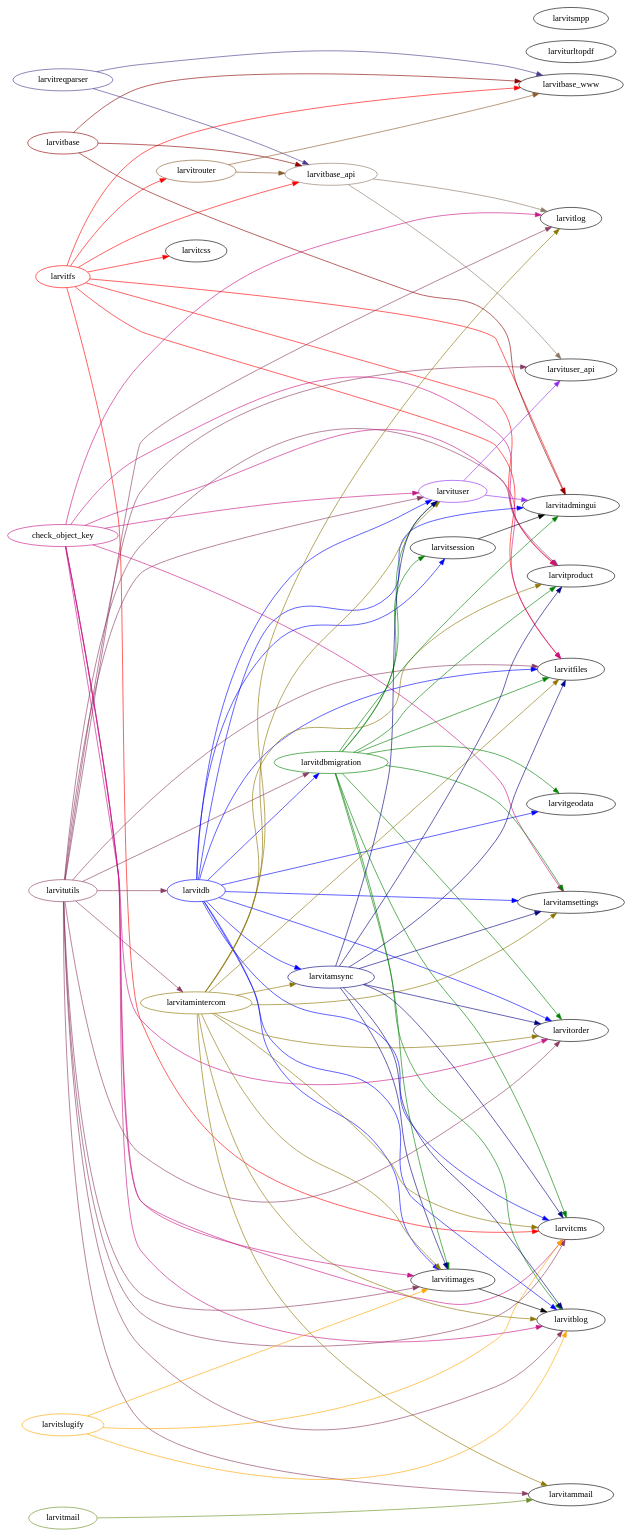
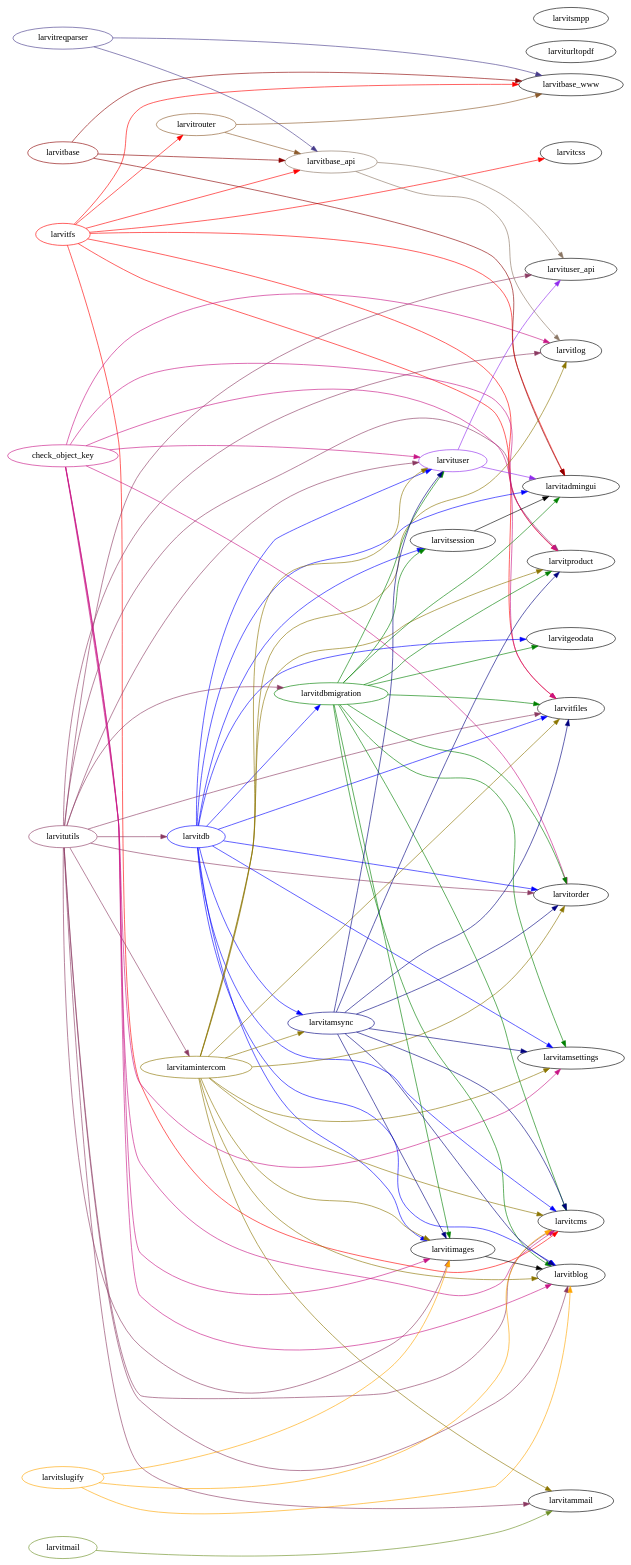
Before and after one commit to larvit/standards: the diagram in dependencies.dot, drawn with Graphviz. The commit also changed 1 other file, not shown here.

```diff
--- a/dependencies.dot
+++ b/dependencies.dot
@@ -1,153 +1,152 @@
 digraph larvitlibs {
 	rank=same
 	rankdir=LR;
 
 	subgraph parents {
 		larvitfs [color = red]
 		larvitutils [color = hotpink4]
 		check_object_key [color = mediumvioletred]
 		larvitmail [color = olivedrab]
 		larvitslugify [color = orange]
 		larvitbase [color = red4]
 		larvitreqparser [color = slateblue4]
 	}
 
 	subgraph childs_1 {
 		larvitdb [color = blue]
 		larvitamintercom [color = gold4]
 	}
 
 	subgraph childs_last {
 		larvituser_api
 		larviturltopdf
 		larvitsmpp
 		larvitadmingui
 		larvitlog
 		larvitproduct
 		larvitgeodata
 		larvitamsettings
 		larvitorder
 		larvitfiles
 		larvitcms
 		larvitbase_www
 		larvitammail
+		larvitcss
 	}
 
 	edge [style=invis, weight=2]
 
-	larvitcss
 	larvitdbmigration [color = green]
 	larvituser [color = purple2]
 	larvitimages
 	larvitsession
 	larvitamsync [color = navyblue]
 	larvitrouter [color = tan4]
 	larvitbase_api [color = peachpuff4]
-	larvitslugify
 
 	edge [style=solid, weight=1]
 	larvitfs -> larvitbase_www [color = red]
 	larvitfs -> larvitbase_api [color = red]
 	larvitfs -> larvitcms [color = red]
 	larvitfs -> larvitfiles [color = red]
 	larvitfs -> larvitcss [color = red]
 	larvitfs -> larvitrouter [color = red]
 	larvitfs -> larvitadmingui [color = red]
 	larvitfs -> larvitproduct [color = red]
 
 	larvitutils -> larvitlog [color = hotpink4]
 	larvitutils -> larvituser_api [color = hotpink4]
 	larvitutils -> larvitcms [color = hotpink4]
 	larvitutils -> larvitdbmigration [color = hotpink4]
 	larvitutils -> larvitamintercom [color = hotpink4]
 	larvitutils -> larvitorder [color = hotpink4]
 	larvitutils -> larvitfiles [color = hotpink4]
 	larvitutils -> larvitdb [color = hotpink4]
 	larvitutils -> larvitimages [color = hotpink4]
 	larvitutils -> larvituser [color = hotpink4]
 	larvitutils -> larvitproduct [color = hotpink4]
 	larvitutils -> larvitblog [color = hotpink4]
 	larvitutils -> larvitammail [color = hotpink4]
 
 	check_object_key -> larvitlog [color = mediumvioletred]
 	check_object_key -> larvitblog [color = mediumvioletred]
 	check_object_key -> larvitfiles [color = mediumvioletred]
 	check_object_key -> larvituser [color = mediumvioletred]
 	check_object_key -> larvitimages [color = mediumvioletred]
 	check_object_key -> larvitproduct [color = mediumvioletred]
 	check_object_key -> larvitorder [color = mediumvioletred]
 	check_object_key -> larvitcms [color = mediumvioletred]
 	check_object_key -> larvitamsettings [color = mediumvioletred]
 
 	larvitdb -> larvitadmingui [color = blue]
 	larvitdb -> larvituser [color = blue]
 	larvitdb -> larvitblog [color = blue]
 	larvitdb -> larvitgeodata [color = blue]
 	larvitdb -> larvitfiles [color = blue]
 	larvitdb -> larvitdbmigration [color = blue]
 	larvitdb -> larvitsession [color = blue]
 	larvitdb -> larvitimages [color = blue]
 	larvitdb -> larvitamsettings [color = blue]
 	larvitdb -> larvitamsync [color = blue]
 	larvitdb -> larvitorder [color = blue]
 	larvitdb -> larvitcms [color = blue]
 
 	larvitbase -> larvitbase_www [color = red4]
 	larvitbase -> larvitadmingui [color = red4]
 	larvitbase -> larvitbase_api [color = red4]
 
 	larvitdbmigration -> larvitadmingui [color = green]
 	larvitdbmigration -> larvitcms [color = green]
 	larvitdbmigration -> larvituser [color = green]
 	larvitdbmigration -> larvitblog [color = green]
 	larvitdbmigration -> larvitgeodata [color = green]
 	larvitdbmigration -> larvitfiles [color = green]
 	larvitdbmigration -> larvitsession [color = green]
 	larvitdbmigration -> larvitimages [color = green]
 	larvitdbmigration -> larvitamsettings [color = green]
 	larvitdbmigration -> larvitorder [color = green]
 	larvitdbmigration -> larvitproduct [color = green]
 
 	larvituser -> larvitadmingui [color = purple2]
 	larvituser -> larvituser_api [color = purple2]
 
 	larvitimages -> larvitblog
 
 	larvitsession -> larvitadmingui
 
 	larvitamintercom -> larvitlog [color = gold4]
 	larvitamintercom -> larvitfiles [color = gold4]
 	larvitamintercom -> larvitblog [color = gold4]
 	larvitamintercom -> larvitproduct [color = gold4]
 	larvitamintercom -> larvitorder [color = gold4]
 	larvitamintercom -> larvitamsettings [color = gold4]
 	larvitamintercom -> larvitamsync [color = gold4]
 	larvitamintercom -> larvituser [color = gold4]
 	larvitamintercom -> larvitimages [color = gold4]
 	larvitamintercom -> larvitcms [color = gold4]
 	larvitamintercom -> larvitammail [color = gold4]
 
 	larvitamsync -> larvitfiles [color = navyblue]
 	larvitamsync -> larvitblog [color = navyblue]
 	larvitamsync -> larvitproduct [color = navyblue]
 	larvitamsync -> larvitorder [color = navyblue]
 	larvitamsync -> larvitamsettings [color = navyblue]
 	larvitamsync -> larvituser [color = navyblue]
 	larvitamsync -> larvitimages [color = navyblue]
 	larvitamsync -> larvitcms [color = navyblue]
 
 	larvitreqparser -> larvitbase_www [color = slateblue4]
 	larvitreqparser -> larvitbase_api [color = slateblue4]
 
 	larvitrouter -> larvitbase_www [color = tan4]
 	larvitrouter -> larvitbase_api [color = tan4]
 
 	larvitbase_api -> larvitlog [color = peachpuff4]
 	larvitbase_api -> larvituser_api [color = peachpuff4]
 
 	larvitslugify -> larvitcms [color = orange]
 	larvitslugify -> larvitimages [color = orange]
 	larvitslugify -> larvitblog [color = orange]
 
 	larvitmail -> larvitammail [color = olivedrab]
 }
```
